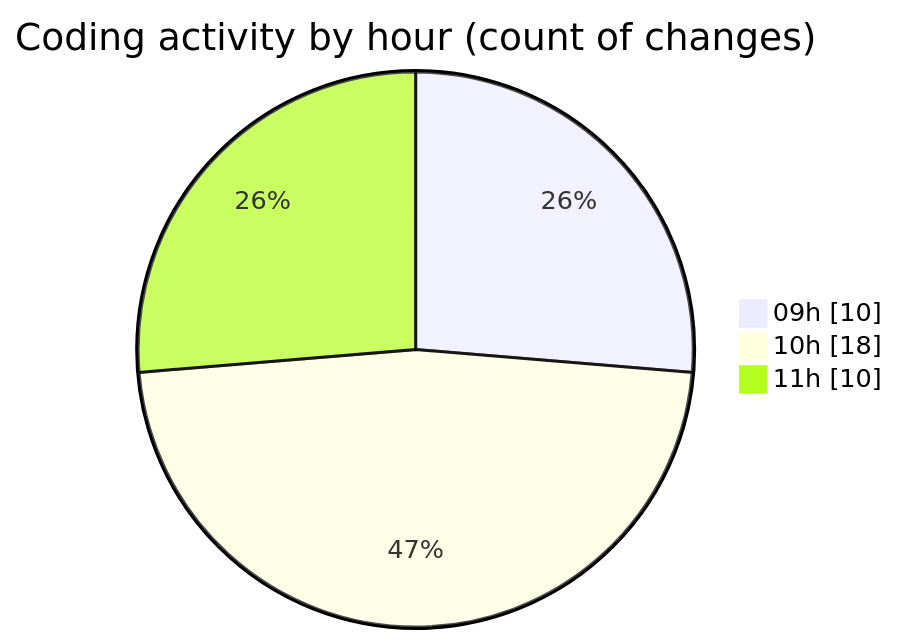
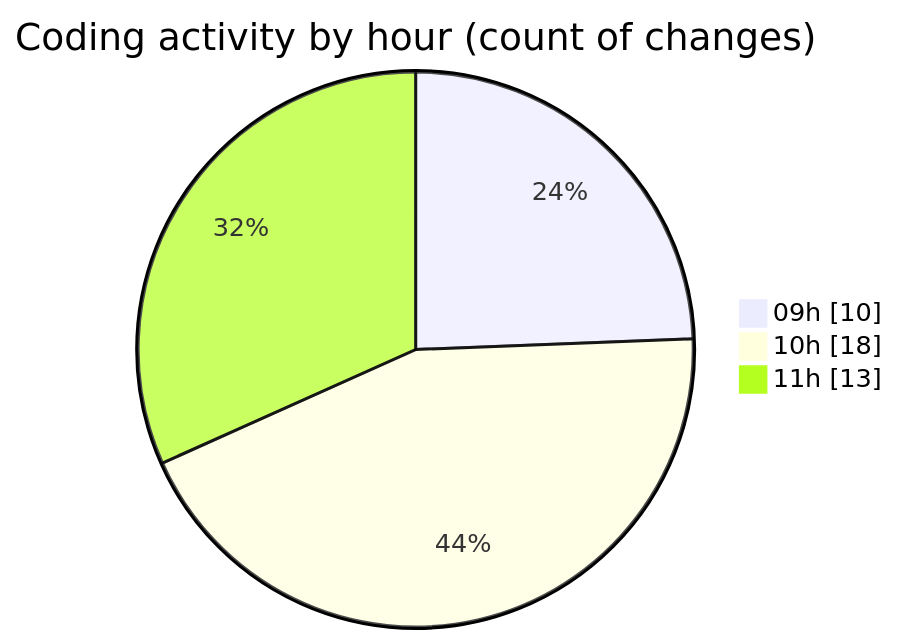
The second of 2 diagrams in 2025-05-09/ecodeli/README.md (CELIANVF/code-tracking), drawn with Mermaid before and after one commit. The commit also changed other lines of this file and 1 other file, not shown here.

````diff
--- a/2025-05-09/ecodeli/README.md
+++ b/2025-05-09/ecodeli/README.md
@@ -39,7 +39,7 @@
 ```mermaid
 pie showData
 title Coding activity by hour (count of changes)
 "09h" : 10
 "10h" : 18
-"11h" : 10
+"11h" : 13
 ```
````
